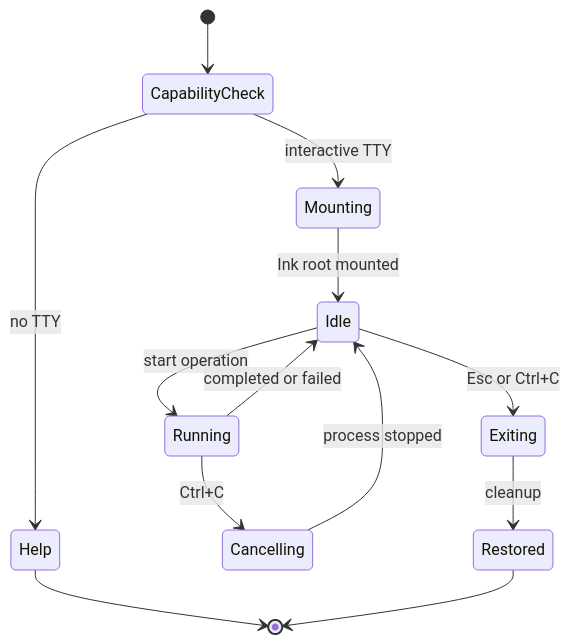
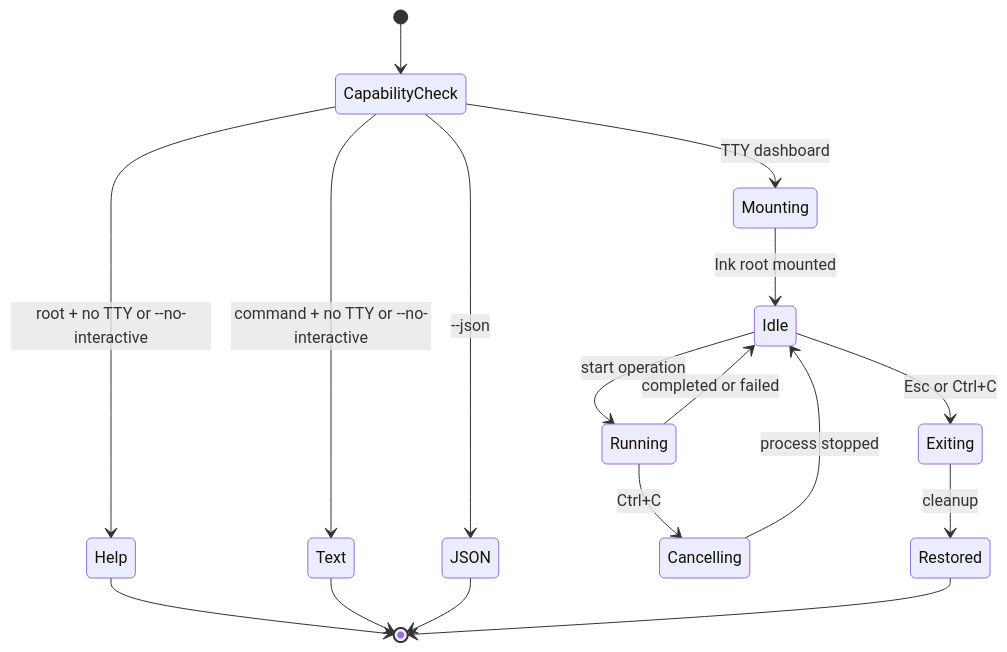
One commit to felipeseho/cli-template changed the fourth of 5 diagrams in docs/architecture.md. Above: the diagram before and after it, drawn with Mermaid. The commit also changed other lines of this file and 40 other files, not shown here.

Commit message:
feat: add adaptive dashboard and branded help

````diff
--- a/docs/architecture.md
+++ b/docs/architecture.md
@@ -310,15 +358,19 @@
 ```mermaid
 stateDiagram-v2
   [*] --> CapabilityCheck
-  CapabilityCheck --> Help: no TTY
-  CapabilityCheck --> Mounting: interactive TTY
+  CapabilityCheck --> Help: root + no TTY or --no-interactive
+  CapabilityCheck --> Text: command + no TTY or --no-interactive
+  CapabilityCheck --> JSON: --json
+  CapabilityCheck --> Mounting: TTY dashboard
   Mounting --> Idle: Ink root mounted
   Idle --> Running: start operation
   Running --> Idle: completed or failed
   Running --> Cancelling: Ctrl+C
   Cancelling --> Idle: process stopped
   Idle --> Exiting: Esc or Ctrl+C
   Exiting --> Restored: cleanup
   Help --> [*]
+  Text --> [*]
+  JSON --> [*]
   Restored --> [*]
 ```
````
